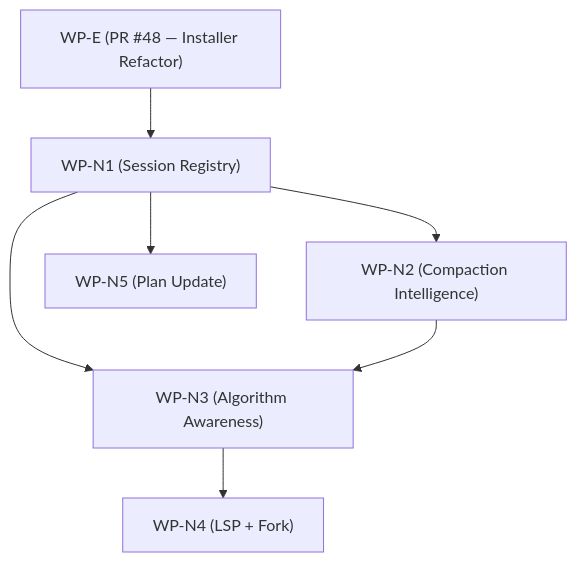
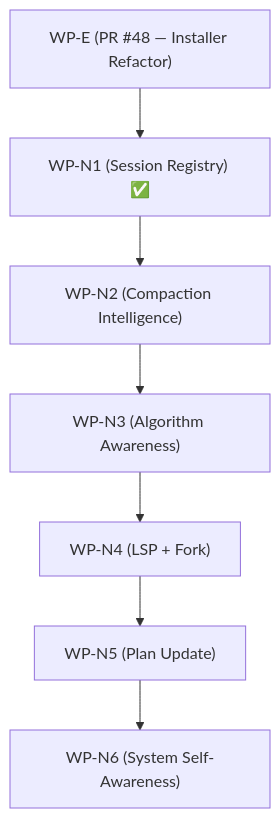
Before and after one commit to Justicegaines03/pai-opencode: the diagram in docs/epic/EPIC-v3.0-OpenCode-Native.md, drawn with Mermaid. The commit also changed other lines of this file and 1 other file, not shown here.

First line of the commit message:
docs(plan): Add WP-N6 System Self-Awareness to OpenCode-Native roadmap

````diff
--- a/docs/epic/EPIC-v3.0-OpenCode-Native.md
+++ b/docs/epic/EPIC-v3.0-OpenCode-Native.md
@@ -409,16 +483,17 @@
 ```mermaid
 flowchart TD
     E["WP-E (PR #48 — Installer Refactor)"]
-    N1["WP-N1 (Session Registry)"]
+    N1["WP-N1 (Session Registry) ✅"]
     N2["WP-N2 (Compaction Intelligence)"]
     N3["WP-N3 (Algorithm Awareness)"]
     N4["WP-N4 (LSP + Fork)"]
     N5["WP-N5 (Plan Update)"]
+    N6["WP-N6 (System Self-Awareness)"]
 
     E --> N1
     N1 --> N2
-    N1 --> N3
-    N1 --> N5
     N2 --> N3
     N3 --> N4
+    N4 --> N5
+    N5 --> N6
 ```
````
